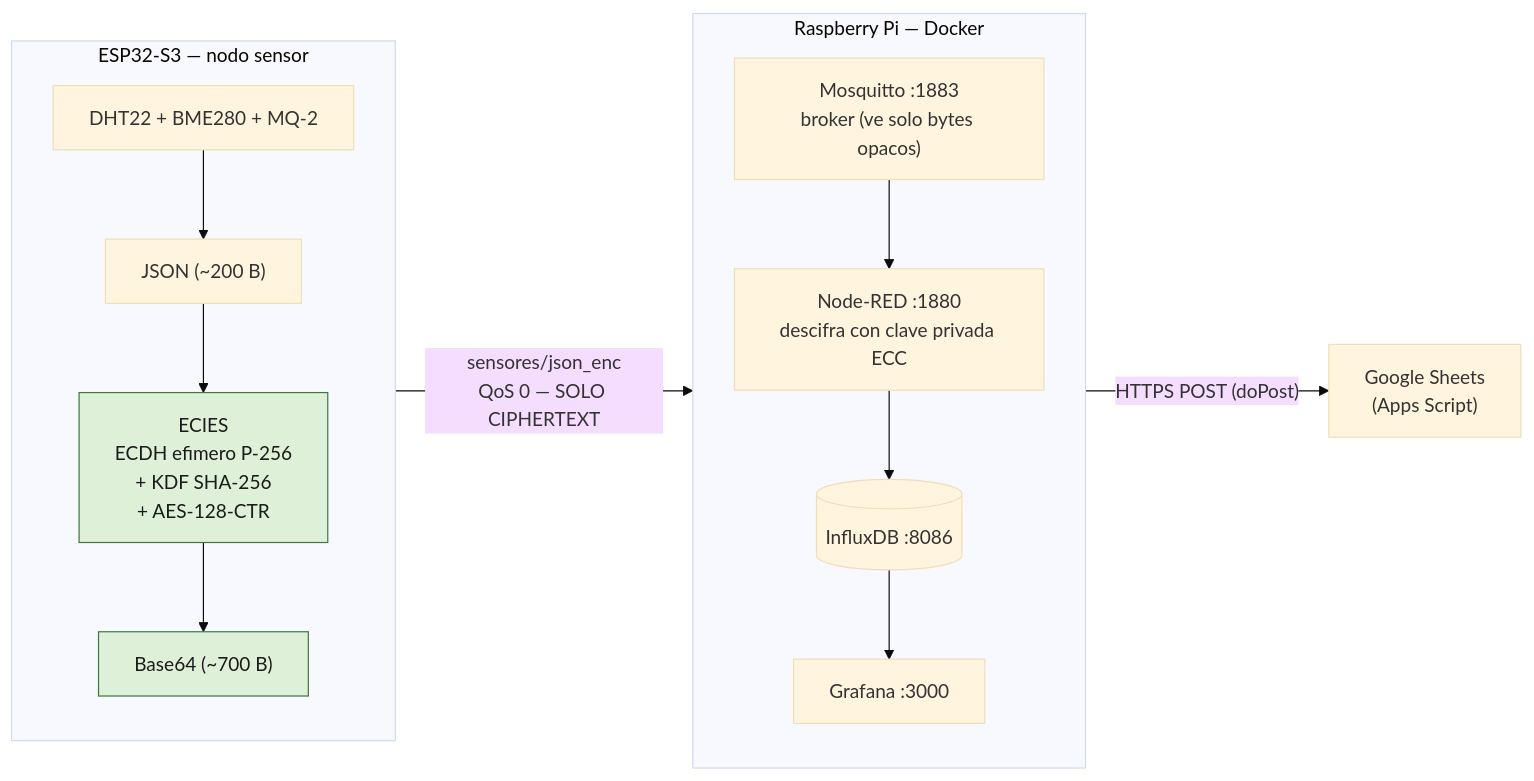
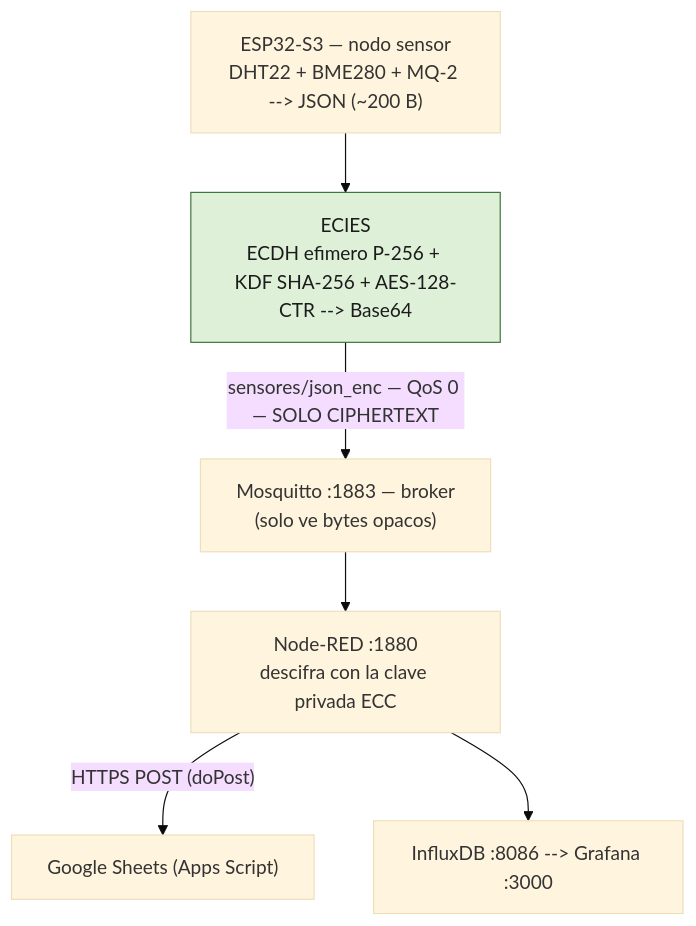
One commit to anycodef/iot-mqtt-stack changed the diagram in docs/img/arquitectura-sistema.mmd. Above: the diagram before and after it, drawn with Mermaid (base theme). The commit also changed 3 other files, not shown here.

Commit message:
docs: black headings, no TOC, members, separators removed, vertical architecture diagram

```diff
--- a/docs/img/arquitectura-sistema.mmd
+++ b/docs/img/arquitectura-sistema.mmd
@@ -1,20 +1,14 @@
-flowchart LR
-  subgraph ESP["ESP32-S3 — nodo sensor"]
-    direction TB
-    S["DHT22 + BME280 + MQ-2"] --> J["JSON (~200 B)"]
-    J --> E["ECIES<br/>ECDH efimero P-256<br/>+ KDF SHA-256<br/>+ AES-128-CTR"]
-    E --> X["Base64 (~700 B)"]
-  end
-  X -->|"sensores/json_enc<br/>QoS 0 — SOLO CIPHERTEXT"| M
-  subgraph STACK["Raspberry Pi — Docker"]
-    direction TB
-    M["Mosquitto :1883<br/>broker (ve solo bytes opacos)"]
-    N["Node-RED :1880<br/>descifra con clave privada ECC"]
-    I[("InfluxDB :8086")]
-    G["Grafana :3000"]
-    M --> N
-    N --> I --> G
-  end
-  N -->|"HTTPS POST (doPost)"| GS["Google Sheets<br/>(Apps Script)"]
+flowchart TB
+  A["ESP32-S3 — nodo sensor<br/>DHT22 + BME280 + MQ-2 --> JSON (~200 B)"]
+  B["ECIES<br/>ECDH efimero P-256 + KDF SHA-256 + AES-128-CTR --> Base64"]
+  C["Mosquitto :1883 — broker<br/>(solo ve bytes opacos)"]
+  D["Node-RED :1880<br/>descifra con la clave privada ECC"]
+  E["Google Sheets (Apps Script)"]
+  F["InfluxDB :8086 --> Grafana :3000"]
+  A --> B
+  B -->|"sensores/json_enc — QoS 0 — SOLO CIPHERTEXT"| C
+  C --> D
+  D -->|"HTTPS POST (doPost)"| E
+  D --> F
   classDef sec fill:#dff0d8,stroke:#3c763d,color:#1b1b1b;
-  class E,X sec;
+  class B sec;
```
